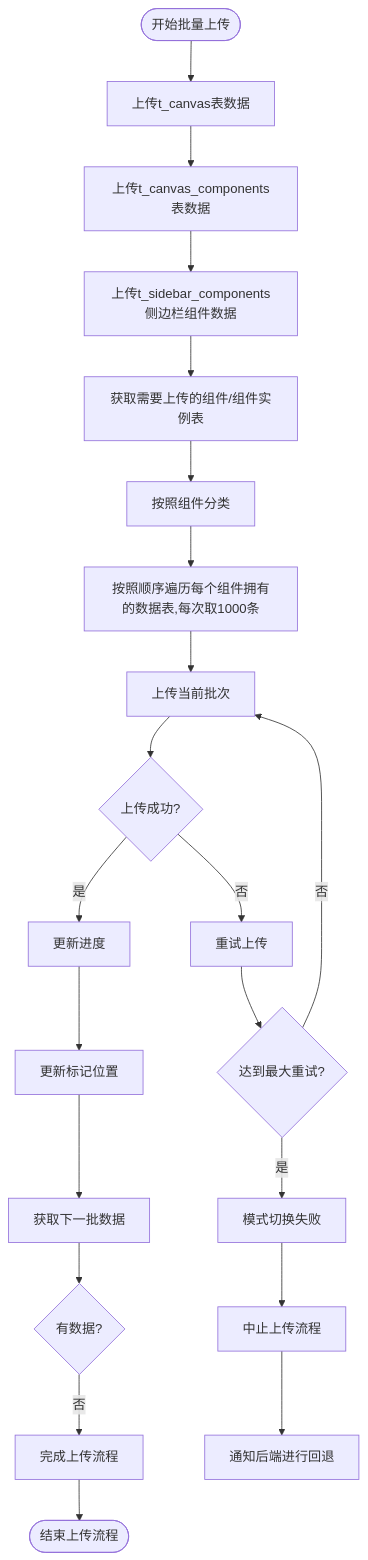
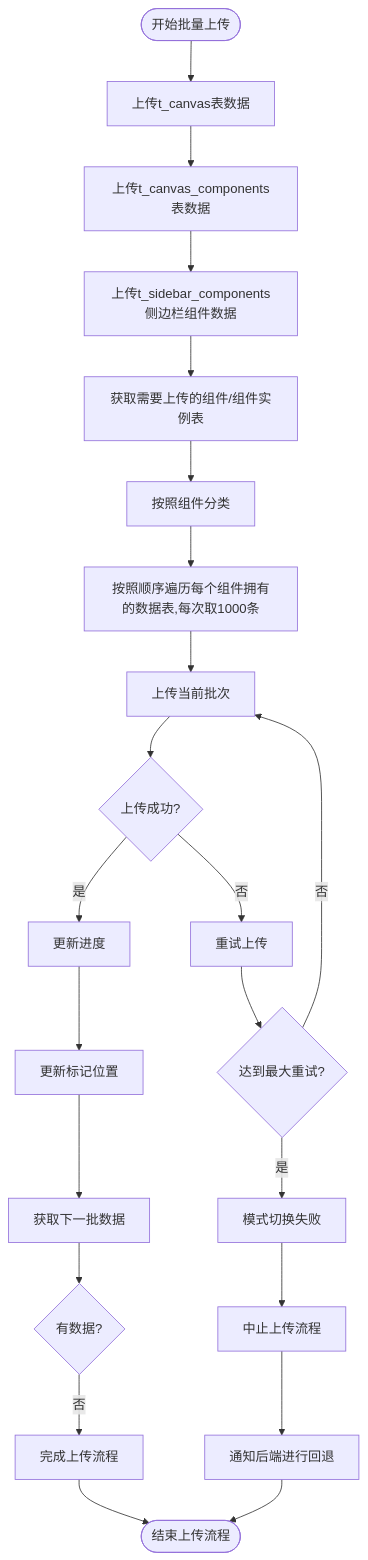
The diagram in all/未命名-51.md (yingjianzh/iodraw-files), drawn with Mermaid before and after one commit.

Commit message:
2025-05-08 17:37:08 update

````diff
--- a/all/未命名-51.md
+++ b/all/未命名-51.md
@@ -1,30 +1,31 @@
 ```mermaid
 flowchart TD
     Start([开始批量上传]) --> UploadSpaceData[上传t_canvas表数据]
     UploadSpaceData --> UploadComponentListData[上传t_canvas_components表数据]
     UploadComponentListData --> UploadSiderComponent[上传t_sidebar_components侧边栏组件数据]
     UploadSiderComponent --> FetchData[获取需要上传的组件/组件实例表]
     FetchData --> ClassifyData[按照组件分类]
     ClassifyData --> UploadData[按照顺序遍历每个组件拥有的数据表,每次取1000条]
     UploadData --> UploadBatch[上传当前批次]
     
     UpdateProgress --> UpdateMarker[更新标记位置]
     UpdateMarker --> FetchNextBatch[获取下一批数据]
     
     FetchNextBatch --> CheckResults{有数据?}
     CheckResults -->|否| CompleteUpload[完成上传流程]
      
     
     UploadBatch --> UploadSuccess{上传成功?}
     UploadSuccess -->|是| UpdateProgress[更新进度]
     UploadSuccess -->|否| RetryUpload[重试上传]
     
     RetryUpload --> MaxRetries{达到最大重试?}
     MaxRetries -->|否| UploadBatch
     MaxRetries -->|是| ErrorHandling[模式切换失败]
     
     ErrorHandling --> AbortProcess[中止上传流程]
     AbortProcess --> ReportError[通知后端进行回退]
     
     CompleteUpload --> End([结束上传流程])
+    ReportError --> End
 ```
````
